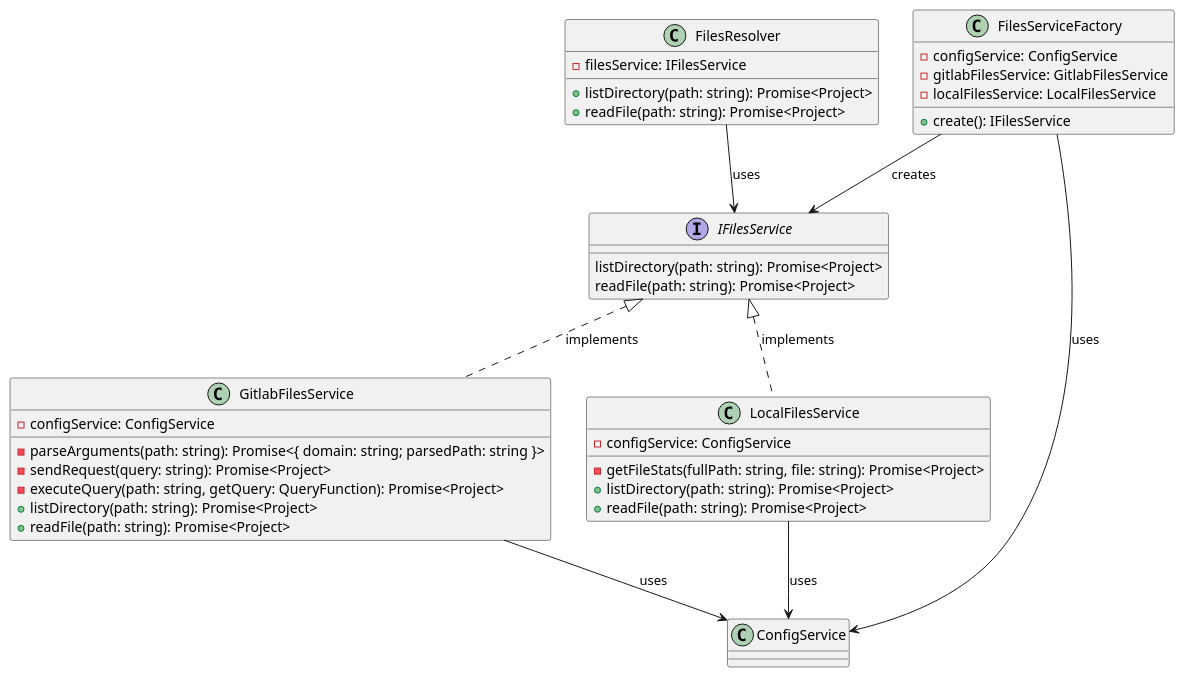
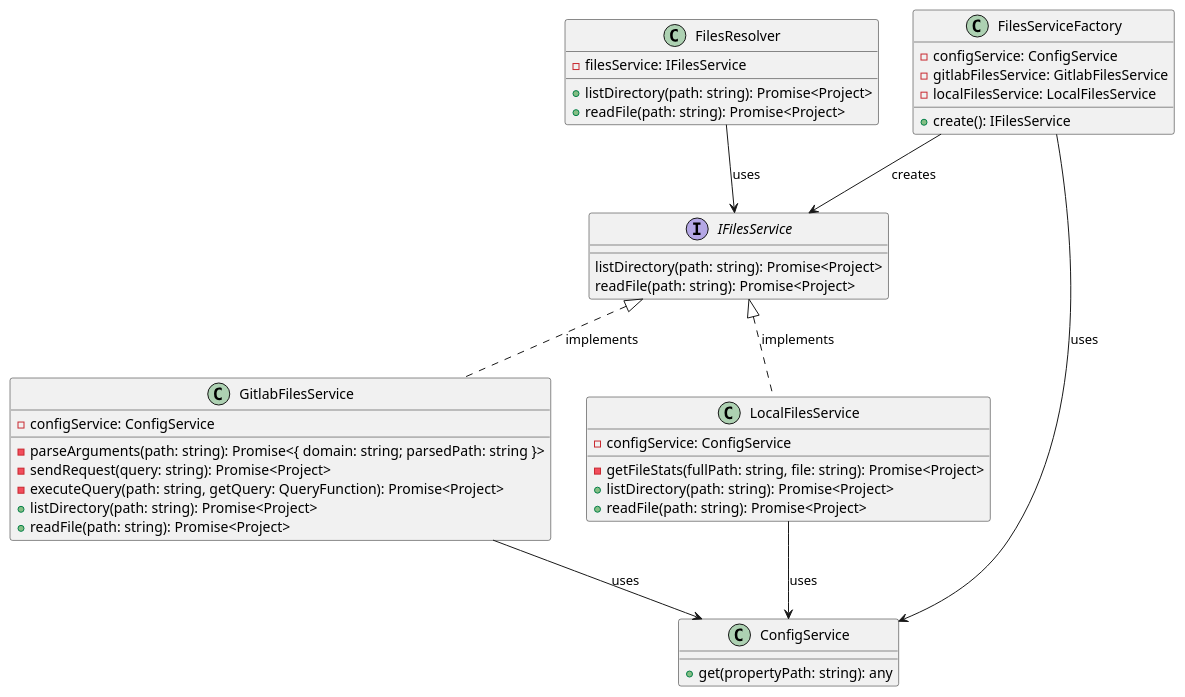
One commit to INTO-CPS-Association/DTaaS changed the diagram in docs/developer/servers/lib/lib-class.puml. Above: the diagram before and after it, drawn with PlantUML.

Commit message:
update class diagram

```diff
--- a/docs/developer/servers/lib/lib-class.puml
+++ b/docs/developer/servers/lib/lib-class.puml
@@ -1,43 +1,47 @@
 @startuml
 class FilesResolver {
   -filesService: IFilesService
   +listDirectory(path: string): Promise<Project>
   +readFile(path: string): Promise<Project>
 }
 
 interface IFilesService {
   listDirectory(path: string): Promise<Project>
   readFile(path: string): Promise<Project>
 }
 
 class FilesServiceFactory {
   -configService: ConfigService
   -gitlabFilesService: GitlabFilesService
   -localFilesService: LocalFilesService
   +create(): IFilesService
 }
 
 class GitlabFilesService {
   -configService: ConfigService
   -parseArguments(path: string): Promise<{ domain: string; parsedPath: string }>
   -sendRequest(query: string): Promise<Project>
   -executeQuery(path: string, getQuery: QueryFunction): Promise<Project>
   +listDirectory(path: string): Promise<Project>
   +readFile(path: string): Promise<Project>
 }
 
 class LocalFilesService {
   -configService: ConfigService
   -getFileStats(fullPath: string, file: string): Promise<Project>
   +listDirectory(path: string): Promise<Project>
   +readFile(path: string): Promise<Project>
 }
 
+class ConfigService {
+  +get(propertyPath: string): any
+}
+
 FilesResolver --> IFilesService: uses
 IFilesService <|.. GitlabFilesService: implements
 IFilesService <|.. LocalFilesService: implements
 FilesServiceFactory --> IFilesService: creates
 FilesServiceFactory --> ConfigService: uses
 GitlabFilesService --> ConfigService: uses
 LocalFilesService --> ConfigService: uses
 @enduml
```
